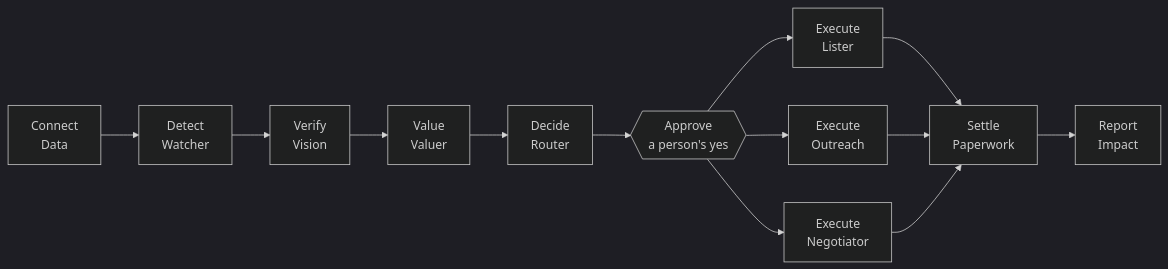
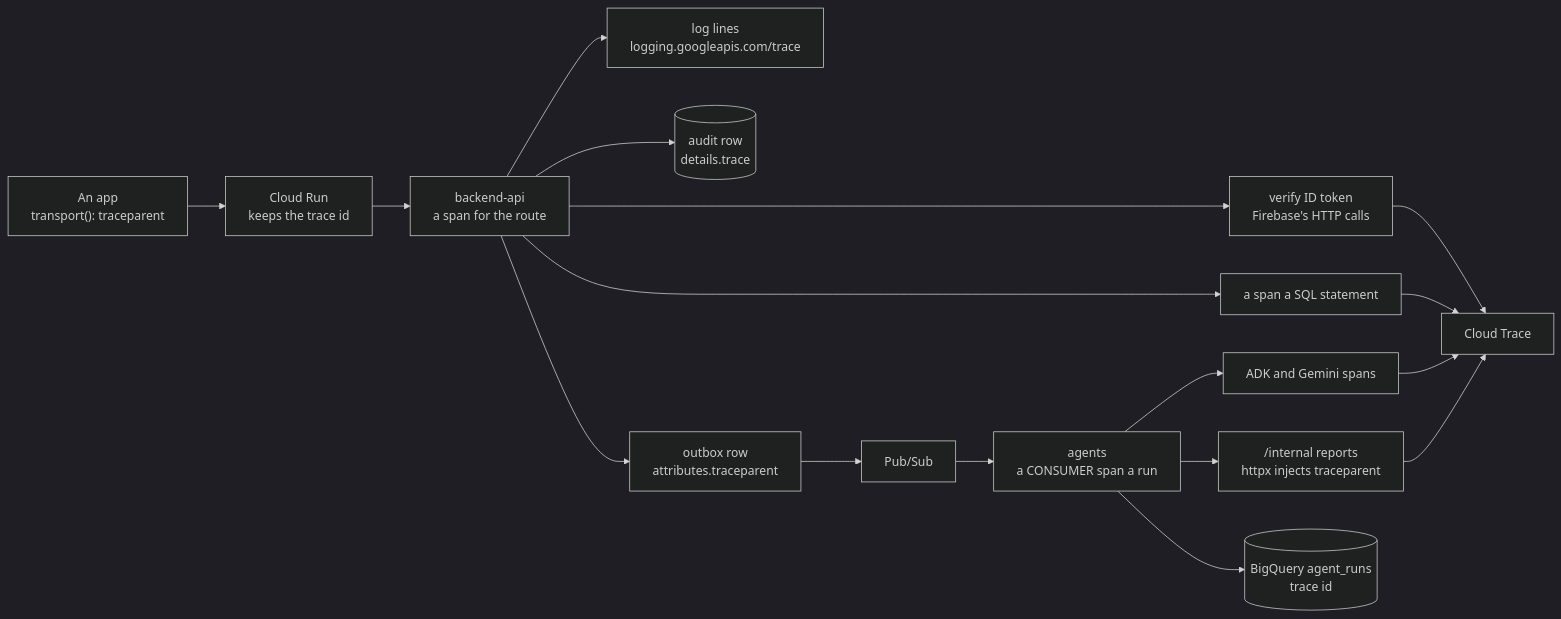
The tenth of 10 diagrams in ARCHITECTURE.md (aibuilder2026/smart-clearance), drawn with Mermaid (dark theme) before and after one commit. The commit also changed other lines of this file and 15 other files, not shown here.

First line of the commit message:
SC-178: ARCHITECTURE.md revised in detail, with the Lucidchart diagrams

````diff
--- a/ARCHITECTURE.md
+++ b/ARCHITECTURE.md
@@ -773,12 +1076,19 @@
 ```mermaid
 flowchart LR
-  connect["Connect<br/>Data"] --> detect["Detect<br/>Watcher"] --> verify["Verify<br/>Vision"] --> value["Value<br/>Valuer"] --> decide["Decide<br/>Router"]
-  decide --> approve{{"Approve<br/>a person's yes"}}
-  approve --> lister["Execute<br/>Lister"]
-  approve --> outreach["Execute<br/>Outreach"]
-  approve --> negotiator["Execute<br/>Negotiator"]
-  lister --> settle["Settle<br/>Paperwork"]
-  outreach --> settle
-  negotiator --> settle
-  settle --> report["Report<br/>Impact"]
+  app["An app<br/>transport(): traceparent"] --> cr["Cloud Run<br/>keeps the trace id"]
+  cr --> api["backend-api<br/>a span for the route"]
+  api --> tok["verify ID token<br/>Firebase's HTTP calls"]
+  api --> sql["a span a SQL statement"]
+  api --> logs["log lines<br/>logging.googleapis.com/trace"]
+  api --> audit[("audit row<br/>details.trace")]
+  api --> ob["outbox row<br/>attributes.traceparent"]
+  ob --> ps["Pub/Sub"]
+  ps --> ag["agents<br/>a CONSUMER span a run"]
+  ag --> gem["ADK and Gemini spans"]
+  ag --> back["/internal reports<br/>httpx injects traceparent"]
+  ag --> runs[("BigQuery agent_runs<br/>trace id")]
+  tok --> trace["Cloud Trace"]
+  sql --> trace
+  gem --> trace
+  back --> trace
 ```
````
